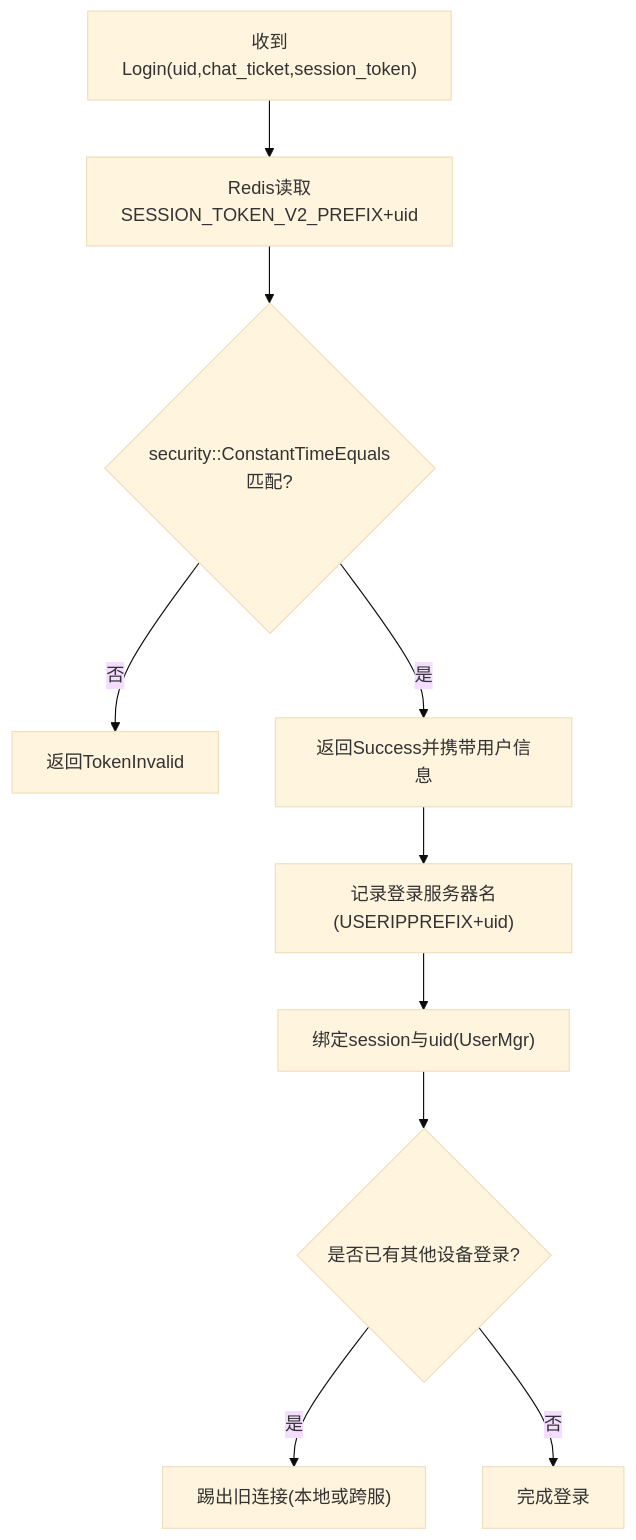
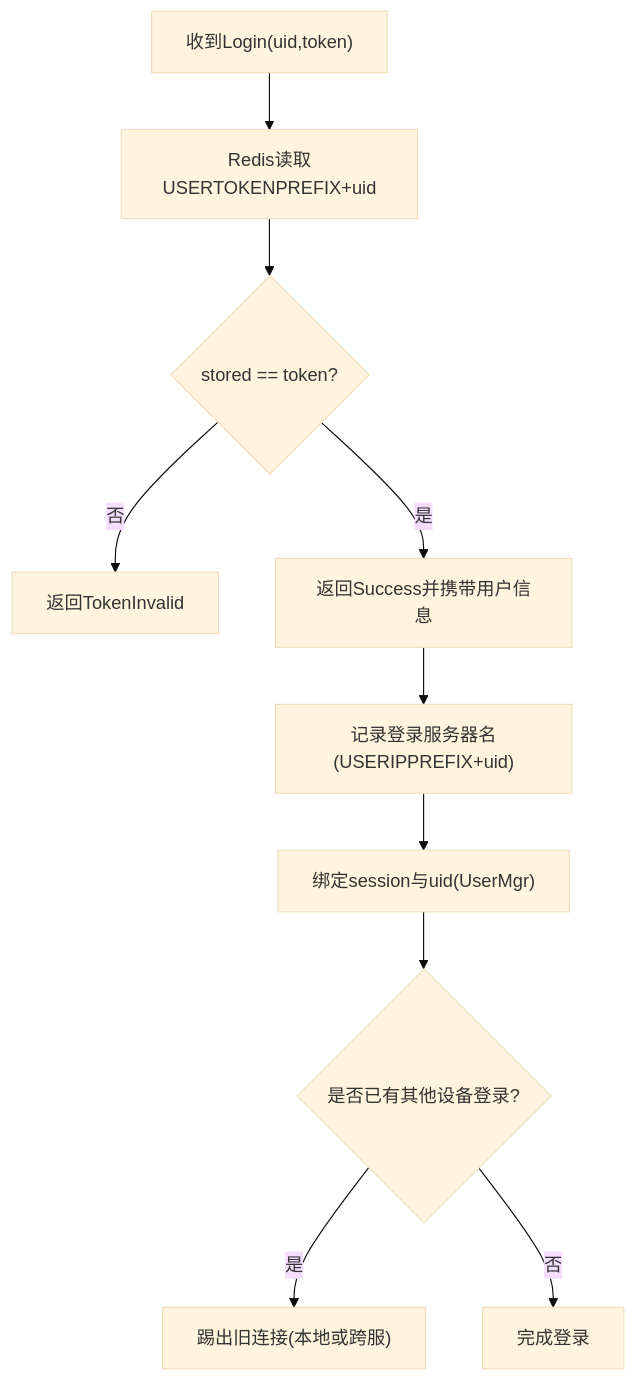
The seventh of 10 diagrams in .qoder/repowiki/zh/content/安全设计/身份认证系统/身份认证系统.md (echo9923/mychatter), drawn with Mermaid (base theme) before and after one commit. The commit also changed other lines of this file and 58 other files, not shown here.

````diff
--- a/.qoder/repowiki/zh/content/安全设计/身份认证系统/身份认证系统.md
+++ b/.qoder/repowiki/zh/content/安全设计/身份认证系统/身份认证系统.md
@@ -364,12 +321,12 @@
 ```mermaid
 flowchart TD
-A["收到Login(uid,chat_ticket,session_token)"] --> B["Redis读取SESSION_TOKEN_V2_PREFIX+uid"]
-B --> C{"security::ConstantTimeEquals匹配?"}
+A["收到Login(uid,token)"] --> B["Redis读取USERTOKENPREFIX+uid"]
+B --> C{"stored == token?"}
 C --> |否| E["返回TokenInvalid"]
 C --> |是| D["返回Success并携带用户信息"]
 D --> F["记录登录服务器名(USERIPPREFIX+uid)"]
 F --> G["绑定session与uid(UserMgr)"]
 G --> H{"是否已有其他设备登录?"}
 H --> |是| I["踢出旧连接(本地或跨服)"]
 H --> |否| J["完成登录"]
 ```
````
